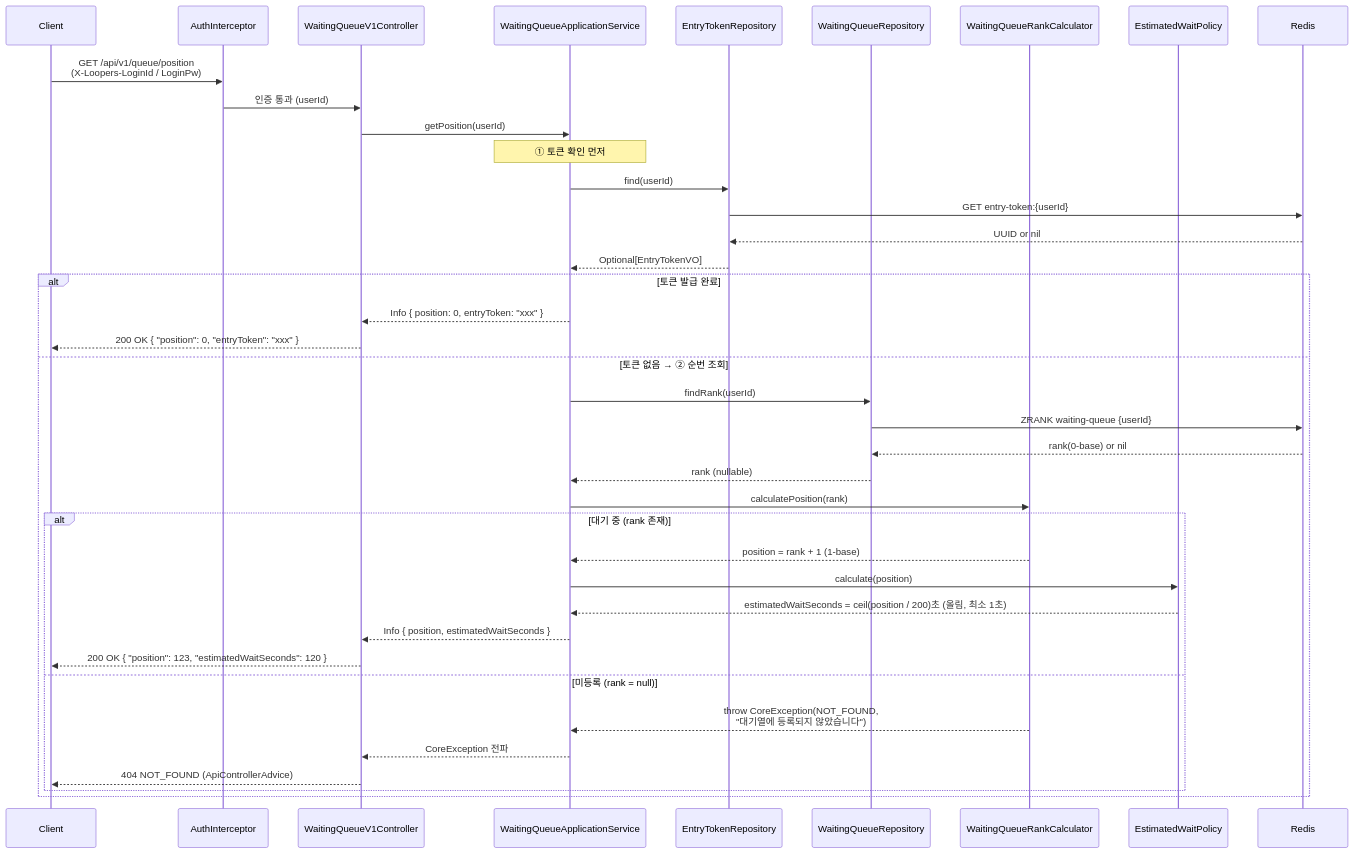
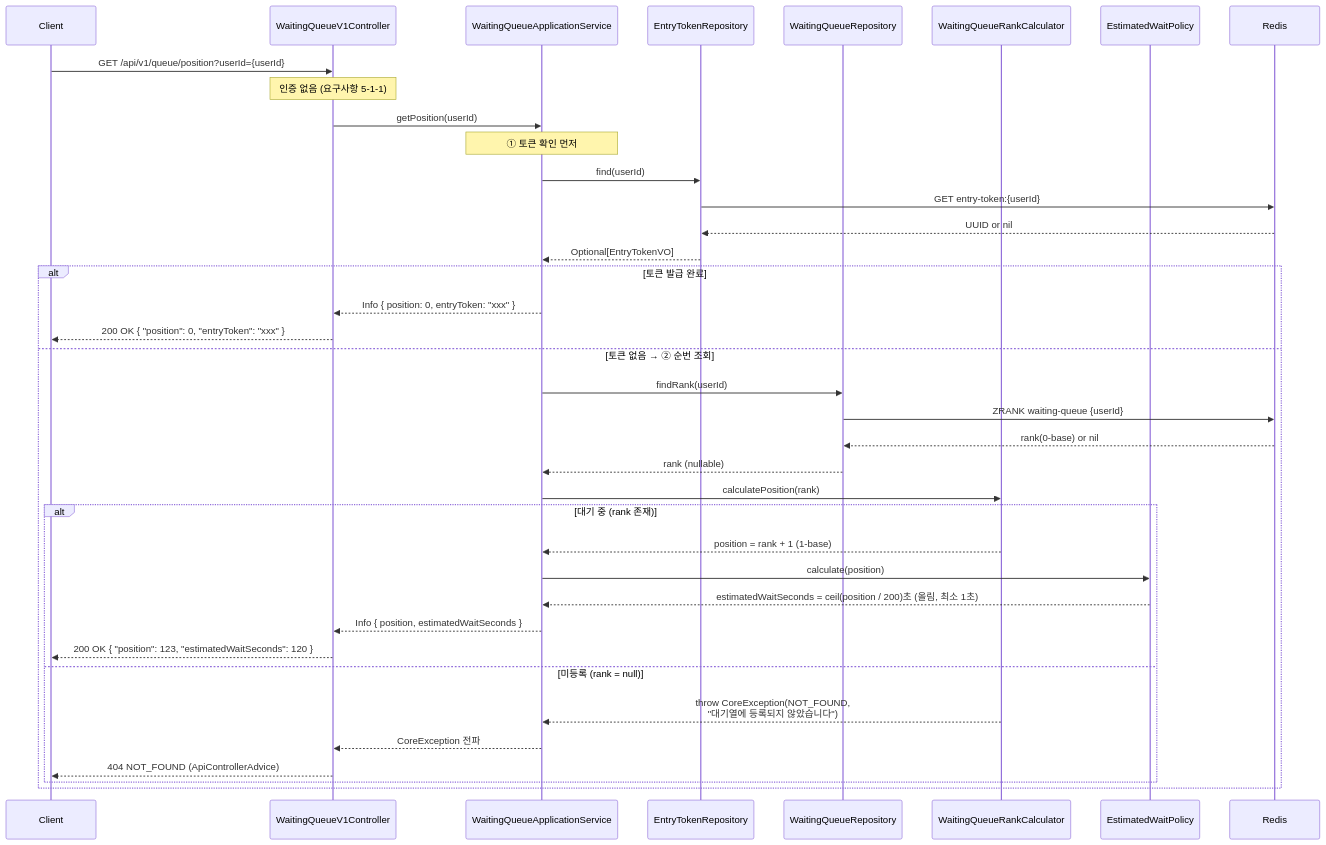
One commit to Hangju0610/loop-pack-be-l2-vol4-java changed the second of 6 diagrams in docs/domain/waiting-queue/02-diagrams.md. Above: the diagram before and after it, drawn with Mermaid. The commit also changed other lines of this file and 1 other file, not shown here.

Commit message:
docs(waiting-queue): 대기열 경로 무인증 전환 결정 반영 — userId 쿼리 파라미터 (5-1-1)

````diff
--- a/docs/domain/waiting-queue/02-diagrams.md
+++ b/docs/domain/waiting-queue/02-diagrams.md
@@ -54,46 +53,45 @@
 ```mermaid
 sequenceDiagram
     participant C as Client
-    participant AI as AuthInterceptor
     participant CTL as WaitingQueueV1Controller
     participant SVC as WaitingQueueApplicationService
     participant ETR as EntryTokenRepository
     participant WQR as WaitingQueueRepository
     participant RC as WaitingQueueRankCalculator
     participant EWP as EstimatedWaitPolicy
     participant R as Redis
 
-    C->>AI: GET /api/v1/queue/position<br/>(X-Loopers-LoginId / LoginPw)
-    AI->>CTL: 인증 통과 (userId)
+    C->>CTL: GET /api/v1/queue/position?userId={userId}
+    Note over CTL: 인증 없음 (요구사항 5-1-1)
     CTL->>SVC: getPosition(userId)
 
     Note over SVC: ① 토큰 확인 먼저
     SVC->>ETR: find(userId)
     ETR->>R: GET entry-token:{userId}
     R-->>ETR: UUID or nil
     ETR-->>SVC: Optional[EntryTokenVO]
 
     alt 토큰 발급 완료
         SVC-->>CTL: Info { position: 0, entryToken: "xxx" }
         CTL-->>C: 200 OK { "position": 0, "entryToken": "xxx" }
     else 토큰 없음 → ② 순번 조회
         SVC->>WQR: findRank(userId)
         WQR->>R: ZRANK waiting-queue {userId}
         R-->>WQR: rank(0-base) or nil
         WQR-->>SVC: rank (nullable)
 
         SVC->>RC: calculatePosition(rank)
 
         alt 대기 중 (rank 존재)
             RC-->>SVC: position = rank + 1 (1-base)
             SVC->>EWP: calculate(position)
             EWP-->>SVC: estimatedWaitSeconds = ceil(position / 200)초 (올림, 최소 1초)
             SVC-->>CTL: Info { position, estimatedWaitSeconds }
             CTL-->>C: 200 OK { "position": 123, "estimatedWaitSeconds": 120 }
         else 미등록 (rank = null)
             RC-->>SVC: throw CoreException(NOT_FOUND,<br/>"대기열에 등록되지 않았습니다")
             SVC-->>CTL: CoreException 전파
             CTL-->>C: 404 NOT_FOUND (ApiControllerAdvice)
         end
     end
 ```
````
